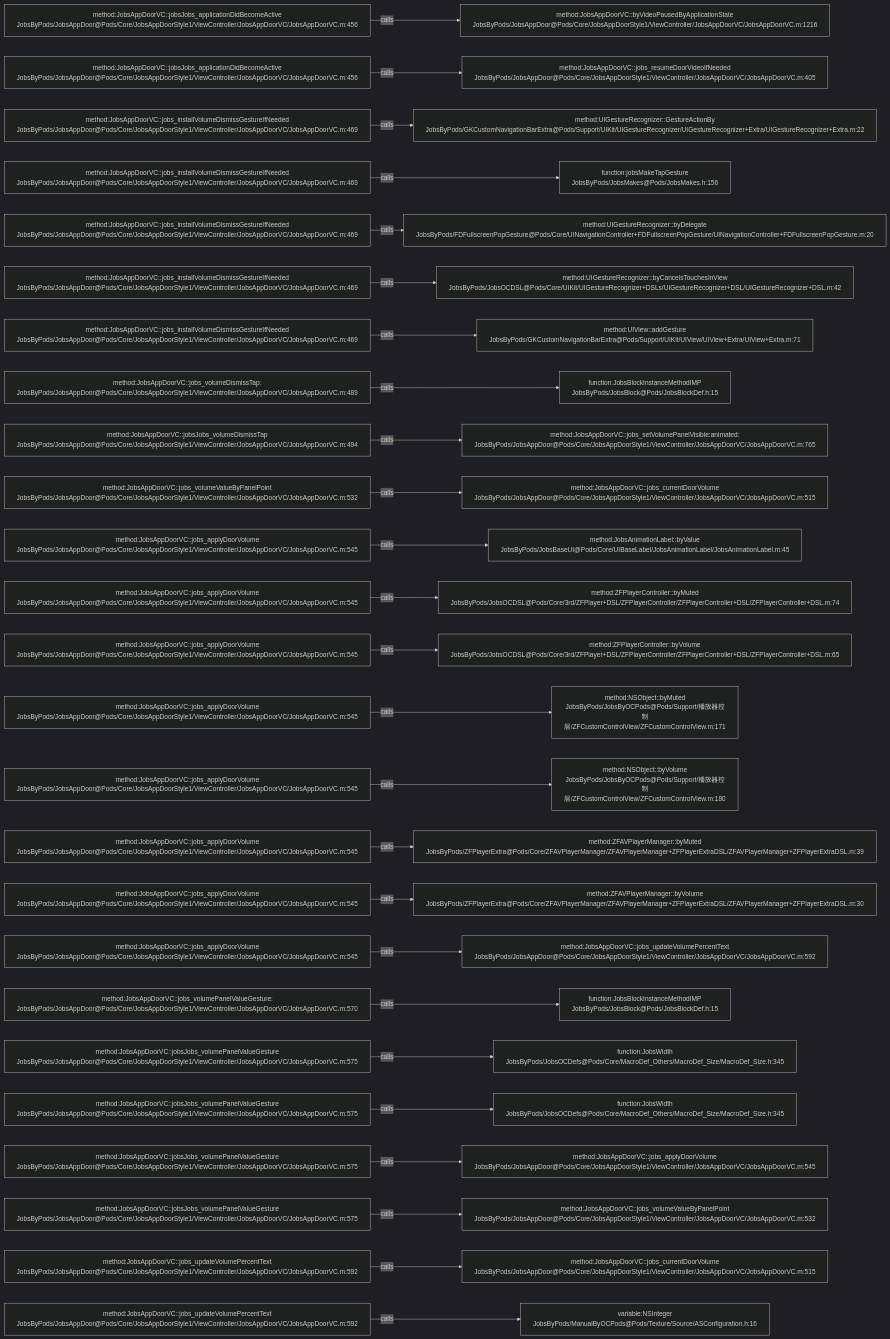
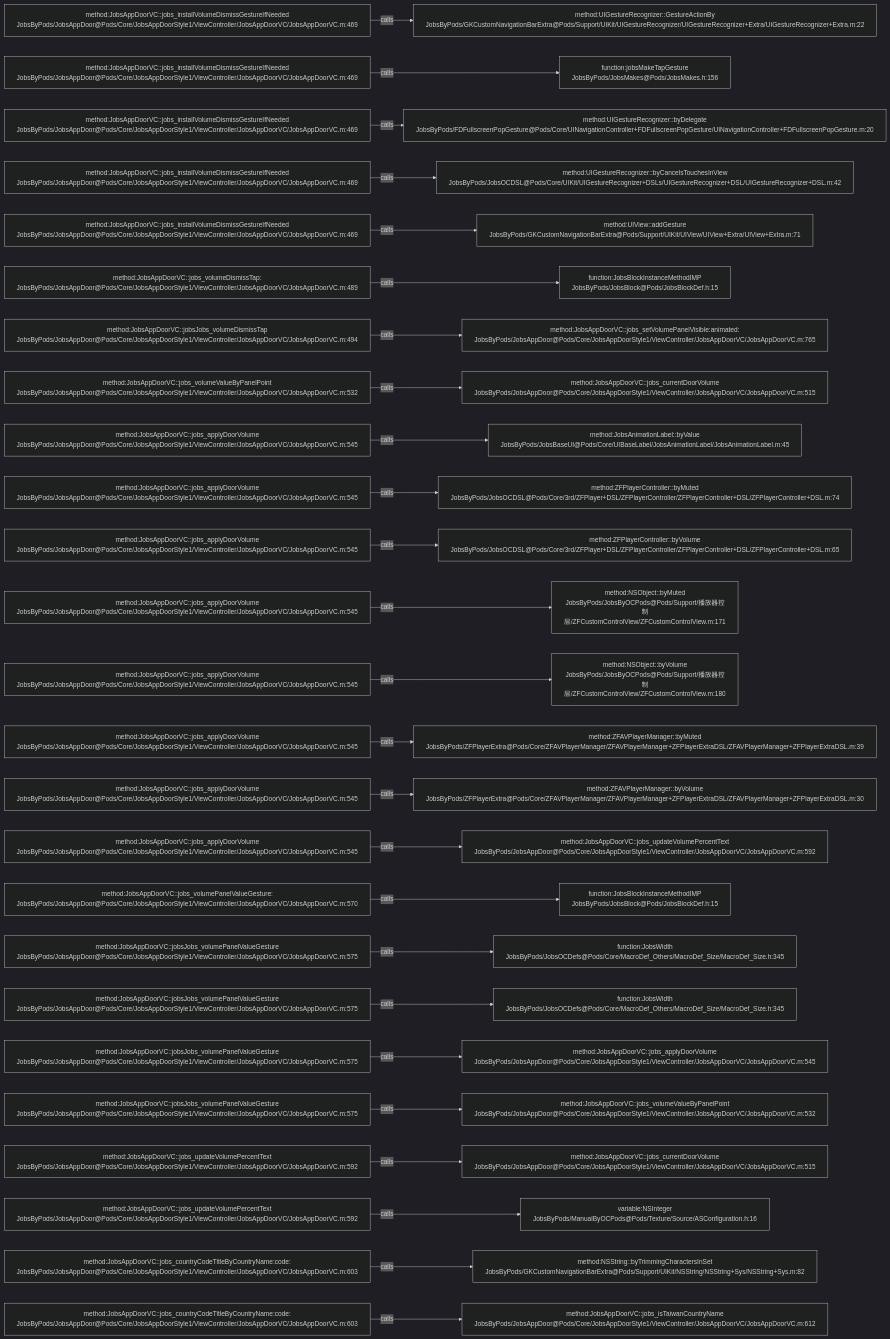
Before and after one commit to JobsKits/JobsOCBaseConfigDemo: the diagram in .codegraph/codegraph.md/graphs/calls-108.md, drawn with Mermaid (dark theme). The commit also changed 116 other files, not shown here.

````diff
--- a/.codegraph/codegraph.md/graphs/calls-108.md
+++ b/.codegraph/codegraph.md/graphs/calls-108.md
@@ -13,78 +13,78 @@
 ```mermaid
 flowchart LR
-  S1["method:JobsAppDoorVC::jobsJobs_applicationDidBecomeActive<br/>JobsByPods/JobsAppDoor@Pods/Core/JobsAppDoorStyle1/ViewController/JobsAppDoorVC/JobsAppDoorVC.m:456"]
-  T1["method:JobsAppDoorVC::byVideoPausedByApplicationState<br/>JobsByPods/JobsAppDoor@Pods/Core/JobsAppDoorStyle1/ViewController/JobsAppDoorVC/JobsAppDoorVC.m:1216"]
+  S1["method:JobsAppDoorVC::jobs_installVolumeDismissGestureIfNeeded<br/>JobsByPods/JobsAppDoor@Pods/Core/JobsAppDoorStyle1/ViewController/JobsAppDoorVC/JobsAppDoorVC.m:469"]
+  T1["method:UIGestureRecognizer::GestureActionBy<br/>JobsByPods/GKCustomNavigationBarExtra@Pods/Support/UIKit/UIGestureRecognizer/UIGestureRecognizer+Extra/UIGestureRecognizer+Extra.m:22"]
   S1 -->|calls| T1
-  S2["method:JobsAppDoorVC::jobsJobs_applicationDidBecomeActive<br/>JobsByPods/JobsAppDoor@Pods/Core/JobsAppDoorStyle1/ViewController/JobsAppDoorVC/JobsAppDoorVC.m:456"]
-  T2["method:JobsAppDoorVC::jobs_resumeDoorVideoIfNeeded<br/>JobsByPods/JobsAppDoor@Pods/Core/JobsAppDoorStyle1/ViewController/JobsAppDoorVC/JobsAppDoorVC.m:405"]
+  S2["method:JobsAppDoorVC::jobs_installVolumeDismissGestureIfNeeded<br/>JobsByPods/JobsAppDoor@Pods/Core/JobsAppDoorStyle1/ViewController/JobsAppDoorVC/JobsAppDoorVC.m:469"]
+  T2["function:jobsMakeTapGesture<br/>JobsByPods/JobsMakes@Pods/JobsMakes.h:156"]
   S2 -->|calls| T2
   S3["method:JobsAppDoorVC::jobs_installVolumeDismissGestureIfNeeded<br/>JobsByPods/JobsAppDoor@Pods/Core/JobsAppDoorStyle1/ViewController/JobsAppDoorVC/JobsAppDoorVC.m:469"]
-  T3["method:UIGestureRecognizer::GestureActionBy<br/>JobsByPods/GKCustomNavigationBarExtra@Pods/Support/UIKit/UIGestureRecognizer/UIGestureRecognizer+Extra/UIGestureRecognizer+Extra.m:22"]
+  T3["method:UIGestureRecognizer::byDelegate<br/>JobsByPods/FDFullscreenPopGesture@Pods/Core/UINavigationController+FDFullscreenPopGesture/UINavigationController+FDFullscreenPopGesture.m:20"]
   S3 -->|calls| T3
   S4["method:JobsAppDoorVC::jobs_installVolumeDismissGestureIfNeeded<br/>JobsByPods/JobsAppDoor@Pods/Core/JobsAppDoorStyle1/ViewController/JobsAppDoorVC/JobsAppDoorVC.m:469"]
-  T4["function:jobsMakeTapGesture<br/>JobsByPods/JobsMakes@Pods/JobsMakes.h:156"]
+  T4["method:UIGestureRecognizer::byCancelsTouchesInView<br/>JobsByPods/JobsOCDSL@Pods/Core/UIKit/UIGestureRecognizer+DSLs/UIGestureRecognizer+DSL/UIGestureRecognizer+DSL.m:42"]
   S4 -->|calls| T4
   S5["method:JobsAppDoorVC::jobs_installVolumeDismissGestureIfNeeded<br/>JobsByPods/JobsAppDoor@Pods/Core/JobsAppDoorStyle1/ViewController/JobsAppDoorVC/JobsAppDoorVC.m:469"]
-  T5["method:UIGestureRecognizer::byDelegate<br/>JobsByPods/FDFullscreenPopGesture@Pods/Core/UINavigationController+FDFullscreenPopGesture/UINavigationController+FDFullscreenPopGesture.m:20"]
+  T5["method:UIView::addGesture<br/>JobsByPods/GKCustomNavigationBarExtra@Pods/Support/UIKit/UIView/UIView+Extra/UIView+Extra.m:71"]
   S5 -->|calls| T5
-  S6["method:JobsAppDoorVC::jobs_installVolumeDismissGestureIfNeeded<br/>JobsByPods/JobsAppDoor@Pods/Core/JobsAppDoorStyle1/ViewController/JobsAppDoorVC/JobsAppDoorVC.m:469"]
-  T6["method:UIGestureRecognizer::byCancelsTouchesInView<br/>JobsByPods/JobsOCDSL@Pods/Core/UIKit/UIGestureRecognizer+DSLs/UIGestureRecognizer+DSL/UIGestureRecognizer+DSL.m:42"]
+  S6["method:JobsAppDoorVC::jobs_volumeDismissTap:<br/>JobsByPods/JobsAppDoor@Pods/Core/JobsAppDoorStyle1/ViewController/JobsAppDoorVC/JobsAppDoorVC.m:489"]
+  T6["function:JobsBlockInstanceMethodIMP<br/>JobsByPods/JobsBlock@Pods/JobsBlockDef.h:15"]
   S6 -->|calls| T6
-  S7["method:JobsAppDoorVC::jobs_installVolumeDismissGestureIfNeeded<br/>JobsByPods/JobsAppDoor@Pods/Core/JobsAppDoorStyle1/ViewController/JobsAppDoorVC/JobsAppDoorVC.m:469"]
-  T7["method:UIView::addGesture<br/>JobsByPods/GKCustomNavigationBarExtra@Pods/Support/UIKit/UIView/UIView+Extra/UIView+Extra.m:71"]
+  S7["method:JobsAppDoorVC::jobsJobs_volumeDismissTap<br/>JobsByPods/JobsAppDoor@Pods/Core/JobsAppDoorStyle1/ViewController/JobsAppDoorVC/JobsAppDoorVC.m:494"]
+  T7["method:JobsAppDoorVC::jobs_setVolumePanelVisible:animated:<br/>JobsByPods/JobsAppDoor@Pods/Core/JobsAppDoorStyle1/ViewController/JobsAppDoorVC/JobsAppDoorVC.m:765"]
   S7 -->|calls| T7
-  S8["method:JobsAppDoorVC::jobs_volumeDismissTap:<br/>JobsByPods/JobsAppDoor@Pods/Core/JobsAppDoorStyle1/ViewController/JobsAppDoorVC/JobsAppDoorVC.m:489"]
-  T8["function:JobsBlockInstanceMethodIMP<br/>JobsByPods/JobsBlock@Pods/JobsBlockDef.h:15"]
+  S8["method:JobsAppDoorVC::jobs_volumeValueByPanelPoint<br/>JobsByPods/JobsAppDoor@Pods/Core/JobsAppDoorStyle1/ViewController/JobsAppDoorVC/JobsAppDoorVC.m:532"]
+  T8["method:JobsAppDoorVC::jobs_currentDoorVolume<br/>JobsByPods/JobsAppDoor@Pods/Core/JobsAppDoorStyle1/ViewController/JobsAppDoorVC/JobsAppDoorVC.m:515"]
   S8 -->|calls| T8
-  S9["method:JobsAppDoorVC::jobsJobs_volumeDismissTap<br/>JobsByPods/JobsAppDoor@Pods/Core/JobsAppDoorStyle1/ViewController/JobsAppDoorVC/JobsAppDoorVC.m:494"]
-  T9["method:JobsAppDoorVC::jobs_setVolumePanelVisible:animated:<br/>JobsByPods/JobsAppDoor@Pods/Core/JobsAppDoorStyle1/ViewController/JobsAppDoorVC/JobsAppDoorVC.m:765"]
+  S9["method:JobsAppDoorVC::jobs_applyDoorVolume<br/>JobsByPods/JobsAppDoor@Pods/Core/JobsAppDoorStyle1/ViewController/JobsAppDoorVC/JobsAppDoorVC.m:545"]
+  T9["method:JobsAnimationLabel::byValue<br/>JobsByPods/JobsBaseUI@Pods/Core/UIBaseLabel/JobsAnimationLabel/JobsAnimationLabel.m:45"]
   S9 -->|calls| T9
-  S10["method:JobsAppDoorVC::jobs_volumeValueByPanelPoint<br/>JobsByPods/JobsAppDoor@Pods/Core/JobsAppDoorStyle1/ViewController/JobsAppDoorVC/JobsAppDoorVC.m:532"]
-  T10["method:JobsAppDoorVC::jobs_currentDoorVolume<br/>JobsByPods/JobsAppDoor@Pods/Core/JobsAppDoorStyle1/ViewController/JobsAppDoorVC/JobsAppDoorVC.m:515"]
+  S10["method:JobsAppDoorVC::jobs_applyDoorVolume<br/>JobsByPods/JobsAppDoor@Pods/Core/JobsAppDoorStyle1/ViewController/JobsAppDoorVC/JobsAppDoorVC.m:545"]
+  T10["method:ZFPlayerController::byMuted<br/>JobsByPods/JobsOCDSL@Pods/Core/3rd/ZFPlayer+DSL/ZFPlayerController/ZFPlayerController+DSL/ZFPlayerController+DSL.m:74"]
   S10 -->|calls| T10
   S11["method:JobsAppDoorVC::jobs_applyDoorVolume<br/>JobsByPods/JobsAppDoor@Pods/Core/JobsAppDoorStyle1/ViewController/JobsAppDoorVC/JobsAppDoorVC.m:545"]
-  T11["method:JobsAnimationLabel::byValue<br/>JobsByPods/JobsBaseUI@Pods/Core/UIBaseLabel/JobsAnimationLabel/JobsAnimationLabel.m:45"]
+  T11["method:ZFPlayerController::byVolume<br/>JobsByPods/JobsOCDSL@Pods/Core/3rd/ZFPlayer+DSL/ZFPlayerController/ZFPlayerController+DSL/ZFPlayerController+DSL.m:65"]
   S11 -->|calls| T11
   S12["method:JobsAppDoorVC::jobs_applyDoorVolume<br/>JobsByPods/JobsAppDoor@Pods/Core/JobsAppDoorStyle1/ViewController/JobsAppDoorVC/JobsAppDoorVC.m:545"]
-  T12["method:ZFPlayerController::byMuted<br/>JobsByPods/JobsOCDSL@Pods/Core/3rd/ZFPlayer+DSL/ZFPlayerController/ZFPlayerController+DSL/ZFPlayerController+DSL.m:74"]
+  T12["method:NSObject::byMuted<br/>JobsByPods/JobsByOCPods@Pods/Support/播放器控制层/ZFCustomControlView/ZFCustomControlView.m:171"]
   S12 -->|calls| T12
   S13["method:JobsAppDoorVC::jobs_applyDoorVolume<br/>JobsByPods/JobsAppDoor@Pods/Core/JobsAppDoorStyle1/ViewController/JobsAppDoorVC/JobsAppDoorVC.m:545"]
-  T13["method:ZFPlayerController::byVolume<br/>JobsByPods/JobsOCDSL@Pods/Core/3rd/ZFPlayer+DSL/ZFPlayerController/ZFPlayerController+DSL/ZFPlayerController+DSL.m:65"]
+  T13["method:NSObject::byVolume<br/>JobsByPods/JobsByOCPods@Pods/Support/播放器控制层/ZFCustomControlView/ZFCustomControlView.m:180"]
   S13 -->|calls| T13
   S14["method:JobsAppDoorVC::jobs_applyDoorVolume<br/>JobsByPods/JobsAppDoor@Pods/Core/JobsAppDoorStyle1/ViewController/JobsAppDoorVC/JobsAppDoorVC.m:545"]
-  T14["method:NSObject::byMuted<br/>JobsByPods/JobsByOCPods@Pods/Support/播放器控制层/ZFCustomControlView/ZFCustomControlView.m:171"]
+  T14["method:ZFAVPlayerManager::byMuted<br/>JobsByPods/ZFPlayerExtra@Pods/Core/ZFAVPlayerManager/ZFAVPlayerManager+ZFPlayerExtraDSL/ZFAVPlayerManager+ZFPlayerExtraDSL.m:39"]
   S14 -->|calls| T14
   S15["method:JobsAppDoorVC::jobs_applyDoorVolume<br/>JobsByPods/JobsAppDoor@Pods/Core/JobsAppDoorStyle1/ViewController/JobsAppDoorVC/JobsAppDoorVC.m:545"]
-  T15["method:NSObject::byVolume<br/>JobsByPods/JobsByOCPods@Pods/Support/播放器控制层/ZFCustomControlView/ZFCustomControlView.m:180"]
+  T15["method:ZFAVPlayerManager::byVolume<br/>JobsByPods/ZFPlayerExtra@Pods/Core/ZFAVPlayerManager/ZFAVPlayerManager+ZFPlayerExtraDSL/ZFAVPlayerManager+ZFPlayerExtraDSL.m:30"]
   S15 -->|calls| T15
   S16["method:JobsAppDoorVC::jobs_applyDoorVolume<br/>JobsByPods/JobsAppDoor@Pods/Core/JobsAppDoorStyle1/ViewController/JobsAppDoorVC/JobsAppDoorVC.m:545"]
-  T16["method:ZFAVPlayerManager::byMuted<br/>JobsByPods/ZFPlayerExtra@Pods/Core/ZFAVPlayerManager/ZFAVPlayerManager+ZFPlayerExtraDSL/ZFAVPlayerManager+ZFPlayerExtraDSL.m:39"]
+  T16["method:JobsAppDoorVC::jobs_updateVolumePercentText<br/>JobsByPods/JobsAppDoor@Pods/Core/JobsAppDoorStyle1/ViewController/JobsAppDoorVC/JobsAppDoorVC.m:592"]
   S16 -->|calls| T16
-  S17["method:JobsAppDoorVC::jobs_applyDoorVolume<br/>JobsByPods/JobsAppDoor@Pods/Core/JobsAppDoorStyle1/ViewController/JobsAppDoorVC/JobsAppDoorVC.m:545"]
-  T17["method:ZFAVPlayerManager::byVolume<br/>JobsByPods/ZFPlayerExtra@Pods/Core/ZFAVPlayerManager/ZFAVPlayerManager+ZFPlayerExtraDSL/ZFAVPlayerManager+ZFPlayerExtraDSL.m:30"]
+  S17["method:JobsAppDoorVC::jobs_volumePanelValueGesture:<br/>JobsByPods/JobsAppDoor@Pods/Core/JobsAppDoorStyle1/ViewController/JobsAppDoorVC/JobsAppDoorVC.m:570"]
+  T17["function:JobsBlockInstanceMethodIMP<br/>JobsByPods/JobsBlock@Pods/JobsBlockDef.h:15"]
   S17 -->|calls| T17
-  S18["method:JobsAppDoorVC::jobs_applyDoorVolume<br/>JobsByPods/JobsAppDoor@Pods/Core/JobsAppDoorStyle1/ViewController/JobsAppDoorVC/JobsAppDoorVC.m:545"]
-  T18["method:JobsAppDoorVC::jobs_updateVolumePercentText<br/>JobsByPods/JobsAppDoor@Pods/Core/JobsAppDoorStyle1/ViewController/JobsAppDoorVC/JobsAppDoorVC.m:592"]
+  S18["method:JobsAppDoorVC::jobsJobs_volumePanelValueGesture<br/>JobsByPods/JobsAppDoor@Pods/Core/JobsAppDoorStyle1/ViewController/JobsAppDoorVC/JobsAppDoorVC.m:575"]
+  T18["function:JobsWidth<br/>JobsByPods/JobsOCDefs@Pods/Core/MacroDef_Others/MacroDef_Size/MacroDef_Size.h:345"]
   S18 -->|calls| T18
-  S19["method:JobsAppDoorVC::jobs_volumePanelValueGesture:<br/>JobsByPods/JobsAppDoor@Pods/Core/JobsAppDoorStyle1/ViewController/JobsAppDoorVC/JobsAppDoorVC.m:570"]
-  T19["function:JobsBlockInstanceMethodIMP<br/>JobsByPods/JobsBlock@Pods/JobsBlockDef.h:15"]
+  S19["method:JobsAppDoorVC::jobsJobs_volumePanelValueGesture<br/>JobsByPods/JobsAppDoor@Pods/Core/JobsAppDoorStyle1/ViewController/JobsAppDoorVC/JobsAppDoorVC.m:575"]
+  T19["function:JobsWidth<br/>JobsByPods/JobsOCDefs@Pods/Core/MacroDef_Others/MacroDef_Size/MacroDef_Size.h:345"]
   S19 -->|calls| T19
   S20["method:JobsAppDoorVC::jobsJobs_volumePanelValueGesture<br/>JobsByPods/JobsAppDoor@Pods/Core/JobsAppDoorStyle1/ViewController/JobsAppDoorVC/JobsAppDoorVC.m:575"]
-  T20["function:JobsWidth<br/>JobsByPods/JobsOCDefs@Pods/Core/MacroDef_Others/MacroDef_Size/MacroDef_Size.h:345"]
+  T20["method:JobsAppDoorVC::jobs_applyDoorVolume<br/>JobsByPods/JobsAppDoor@Pods/Core/JobsAppDoorStyle1/ViewController/JobsAppDoorVC/JobsAppDoorVC.m:545"]
   S20 -->|calls| T20
   S21["method:JobsAppDoorVC::jobsJobs_volumePanelValueGesture<br/>JobsByPods/JobsAppDoor@Pods/Core/JobsAppDoorStyle1/ViewController/JobsAppDoorVC/JobsAppDoorVC.m:575"]
-  T21["function:JobsWidth<br/>JobsByPods/JobsOCDefs@Pods/Core/MacroDef_Others/MacroDef_Size/MacroDef_Size.h:345"]
+  T21["method:JobsAppDoorVC::jobs_volumeValueByPanelPoint<br/>JobsByPods/JobsAppDoor@Pods/Core/JobsAppDoorStyle1/ViewController/JobsAppDoorVC/JobsAppDoorVC.m:532"]
   S21 -->|calls| T21
-  S22["method:JobsAppDoorVC::jobsJobs_volumePanelValueGesture<br/>JobsByPods/JobsAppDoor@Pods/Core/JobsAppDoorStyle1/ViewController/JobsAppDoorVC/JobsAppDoorVC.m:575"]
-  T22["method:JobsAppDoorVC::jobs_applyDoorVolume<br/>JobsByPods/JobsAppDoor@Pods/Core/JobsAppDoorStyle1/ViewController/JobsAppDoorVC/JobsAppDoorVC.m:545"]
+  S22["method:JobsAppDoorVC::jobs_updateVolumePercentText<br/>JobsByPods/JobsAppDoor@Pods/Core/JobsAppDoorStyle1/ViewController/JobsAppDoorVC/JobsAppDoorVC.m:592"]
+  T22["method:JobsAppDoorVC::jobs_currentDoorVolume<br/>JobsByPods/JobsAppDoor@Pods/Core/JobsAppDoorStyle1/ViewController/JobsAppDoorVC/JobsAppDoorVC.m:515"]
   S22 -->|calls| T22
-  S23["method:JobsAppDoorVC::jobsJobs_volumePanelValueGesture<br/>JobsByPods/JobsAppDoor@Pods/Core/JobsAppDoorStyle1/ViewController/JobsAppDoorVC/JobsAppDoorVC.m:575"]
-  T23["method:JobsAppDoorVC::jobs_volumeValueByPanelPoint<br/>JobsByPods/JobsAppDoor@Pods/Core/JobsAppDoorStyle1/ViewController/JobsAppDoorVC/JobsAppDoorVC.m:532"]
+  S23["method:JobsAppDoorVC::jobs_updateVolumePercentText<br/>JobsByPods/JobsAppDoor@Pods/Core/JobsAppDoorStyle1/ViewController/JobsAppDoorVC/JobsAppDoorVC.m:592"]
+  T23["variable:NSInteger<br/>JobsByPods/ManualByOCPods@Pods/Texture/Source/ASConfiguration.h:16"]
   S23 -->|calls| T23
-  S24["method:JobsAppDoorVC::jobs_updateVolumePercentText<br/>JobsByPods/JobsAppDoor@Pods/Core/JobsAppDoorStyle1/ViewController/JobsAppDoorVC/JobsAppDoorVC.m:592"]
-  T24["method:JobsAppDoorVC::jobs_currentDoorVolume<br/>JobsByPods/JobsAppDoor@Pods/Core/JobsAppDoorStyle1/ViewController/JobsAppDoorVC/JobsAppDoorVC.m:515"]
+  S24["method:JobsAppDoorVC::jobs_countryCodeTitleByCountryName:code:<br/>JobsByPods/JobsAppDoor@Pods/Core/JobsAppDoorStyle1/ViewController/JobsAppDoorVC/JobsAppDoorVC.m:603"]
+  T24["method:NSString::byTrimmingCharactersInSet<br/>JobsByPods/GKCustomNavigationBarExtra@Pods/Support/UIKit/NSString/NSString+Sys/NSString+Sys.m:82"]
   S24 -->|calls| T24
-  S25["method:JobsAppDoorVC::jobs_updateVolumePercentText<br/>JobsByPods/JobsAppDoor@Pods/Core/JobsAppDoorStyle1/ViewController/JobsAppDoorVC/JobsAppDoorVC.m:592"]
-  T25["variable:NSInteger<br/>JobsByPods/ManualByOCPods@Pods/Texture/Source/ASConfiguration.h:16"]
+  S25["method:JobsAppDoorVC::jobs_countryCodeTitleByCountryName:code:<br/>JobsByPods/JobsAppDoor@Pods/Core/JobsAppDoorStyle1/ViewController/JobsAppDoorVC/JobsAppDoorVC.m:603"]
+  T25["method:JobsAppDoorVC::jobs_isTaiwanCountryName<br/>JobsByPods/JobsAppDoor@Pods/Core/JobsAppDoorStyle1/ViewController/JobsAppDoorVC/JobsAppDoorVC.m:612"]
   S25 -->|calls| T25
 ```
````
